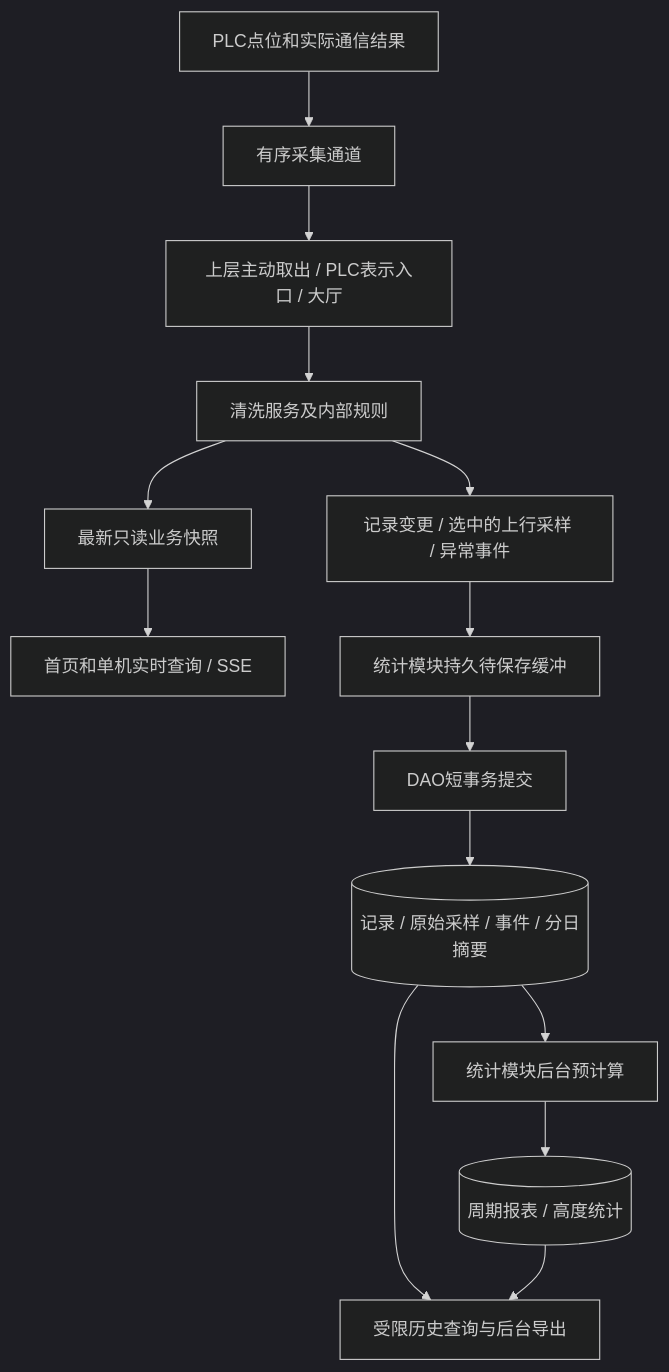
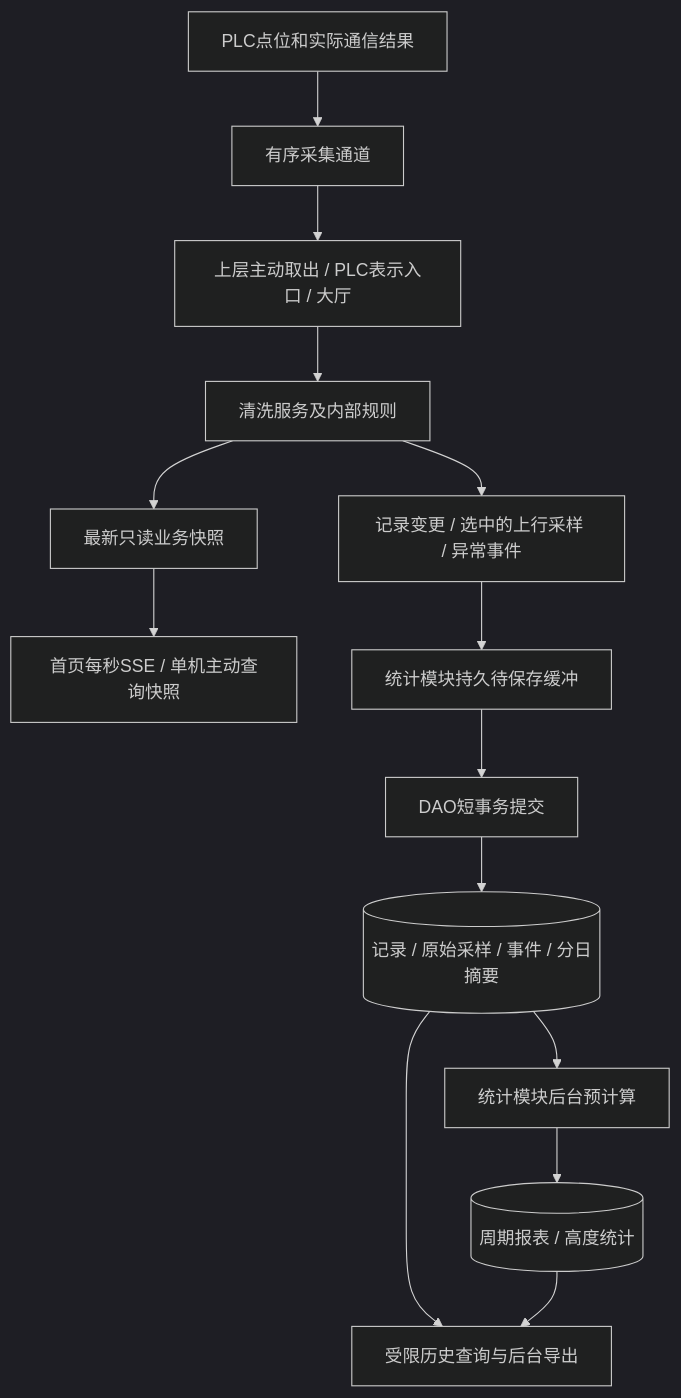
Before and after one commit to lingin01/smartWashCloude-server: the diagram in docs/business-flow-and-page-data-overview.md, drawn with Mermaid (dark theme). The commit also changed other lines of this file and 13 other files, not shown here.

````diff
--- a/docs/business-flow-and-page-data-overview.md
+++ b/docs/business-flow-and-page-data-overview.md
@@ -58,16 +62,16 @@
 ```mermaid
 flowchart TD
     A[PLC点位和实际通信结果] --> B[有序采集通道]
     B --> C[上层主动取出 / PLC表示入口 / 大厅]
     C --> D[清洗服务及内部规则]
     D --> E[最新只读业务快照]
-    E --> F[首页和单机实时查询 / SSE]
+    E --> F[首页每秒SSE / 单机主动查询快照]
     D --> G[记录变更 / 选中的上行采样 / 异常事件]
     G --> H[统计模块持久待保存缓冲]
     H --> I[DAO短事务提交]
     I --> J[(记录 / 原始采样 / 事件 / 分日摘要)]
     J --> K[统计模块后台预计算]
     K --> L[(周期报表 / 高度统计)]
     J --> M[受限历史查询与后台导出]
     L --> M
 ```
````
